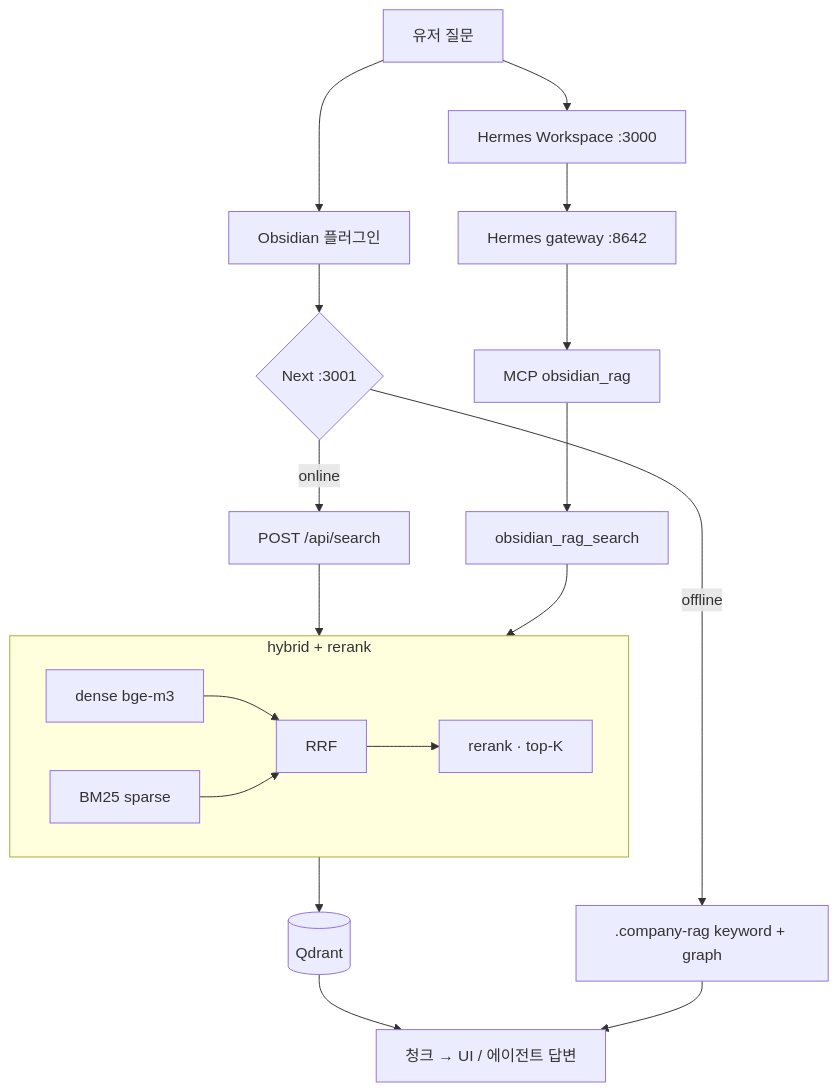
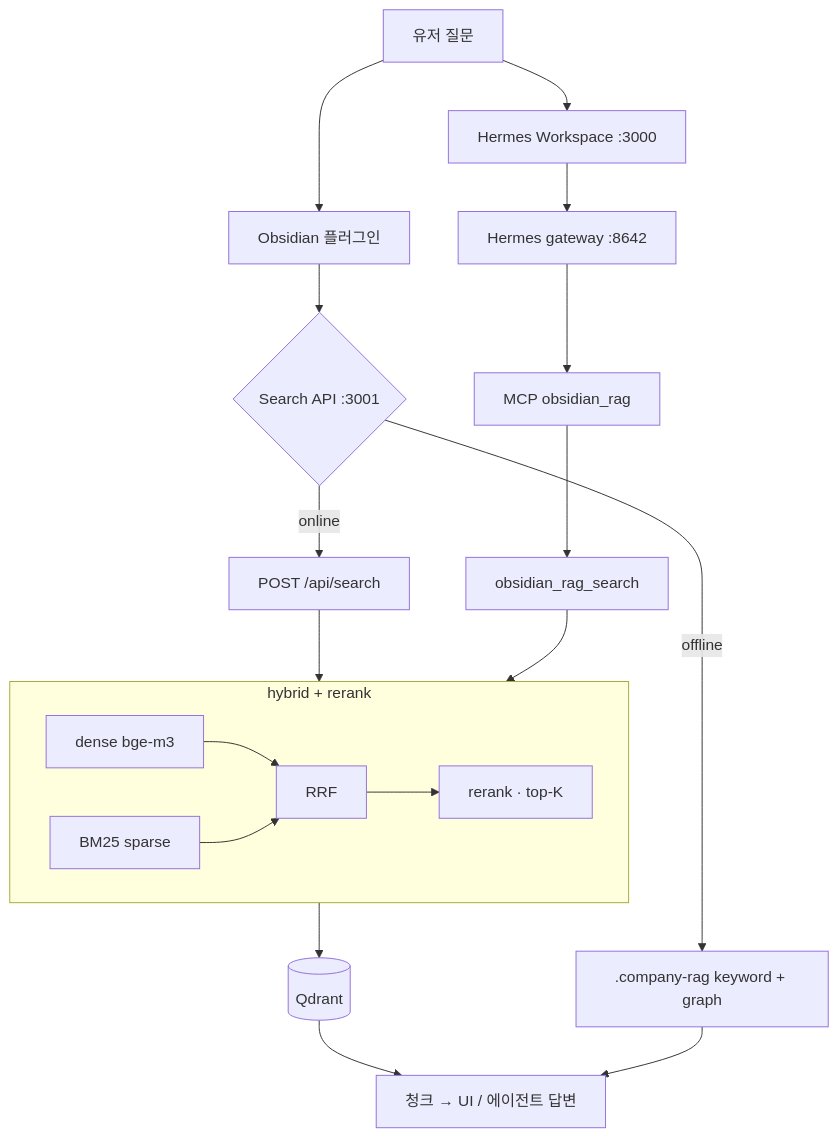
One commit to LEEHEEWON123/obsidian_chat_bot changed the second of 2 diagrams in README.md. Above: the diagram before and after it, drawn with Mermaid. The commit also changed other lines of this file, not shown here.

Commit message:
Clarify that Next remains only as Obsidian search API, not chat UI.

````diff
--- a/README.md
+++ b/README.md
@@ -71,26 +74,26 @@
 ```mermaid
 flowchart TD
   U[유저 질문] --> OBS[Obsidian 플러그인]
   U --> WEB[Hermes Workspace :3000]
 
-  OBS --> API{Next :3001}
+  OBS --> API{Search API :3001}
   API -->|online| S[POST /api/search]
   API -->|offline| OFF[.company-rag keyword + graph]
 
   WEB --> GW[Hermes gateway :8642]
   GW --> MCP[MCP obsidian_rag]
   MCP --> S2[obsidian_rag_search]
 
   S --> H
   S2 --> H
 
   subgraph H[hybrid + rerank]
     D[dense bge-m3] --> RRF[RRF]
     B[BM25 sparse] --> RRF
     RRF --> RR[rerank · top-K]
   end
 
   H --> Q[(Qdrant)]
   Q --> OUT[청크 → UI / 에이전트 답변]
   OFF --> OUT
 ```
````
